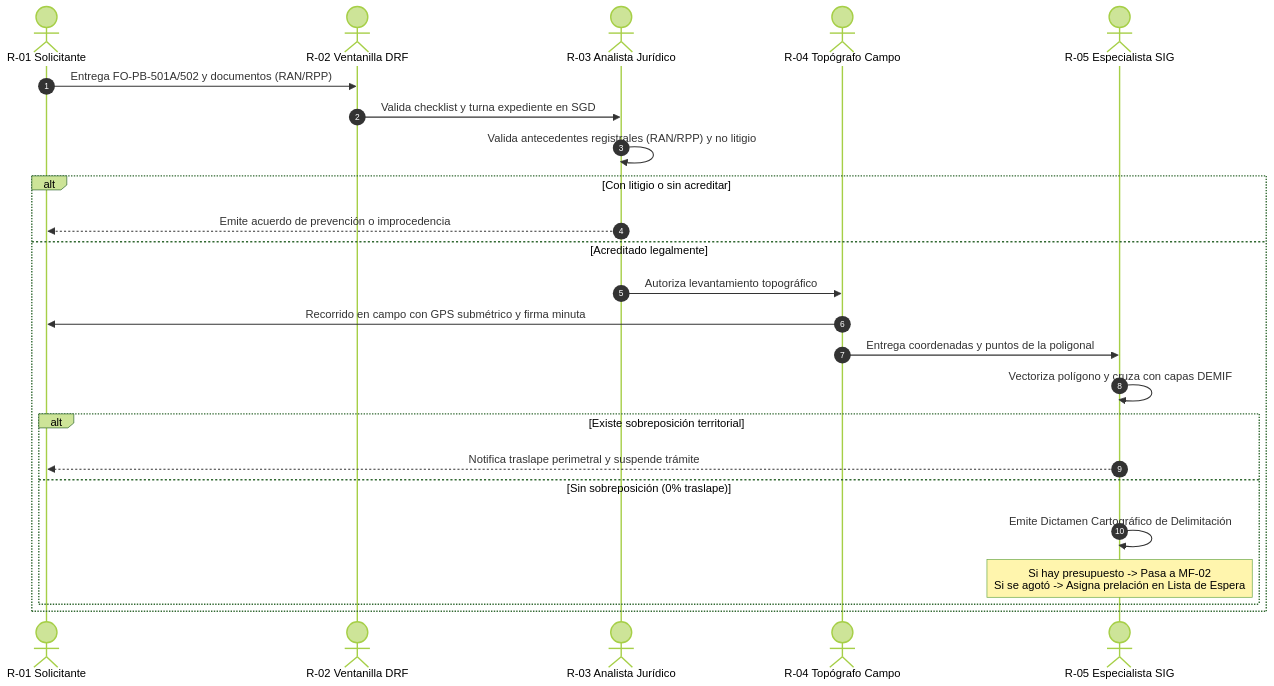
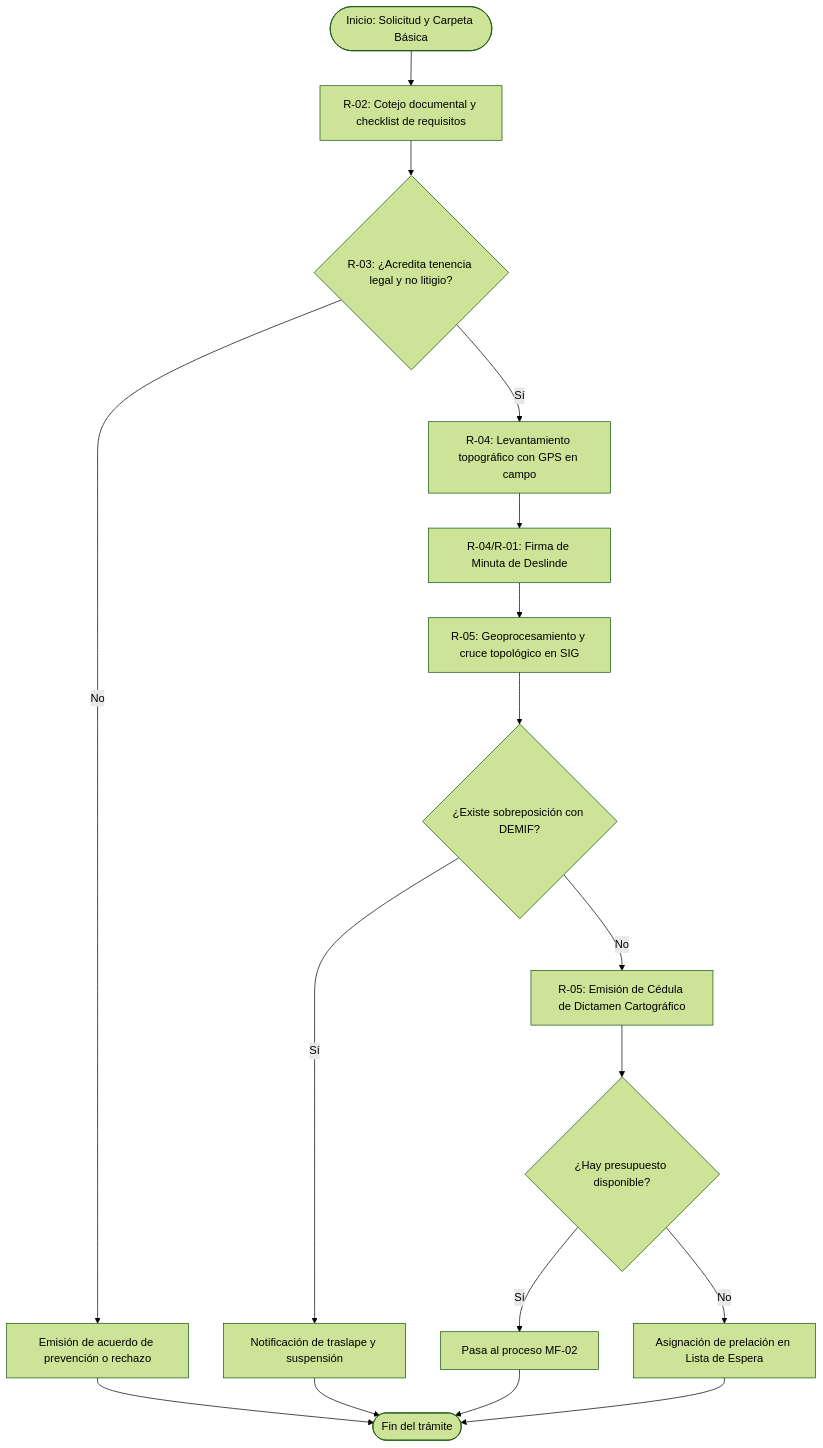
One commit to TakedaTakeishi/proyecto-fepi changed the diagram in Docs/Valeria/Masa_Forestal/MF-01_DELIMITACION_POLIGONOS.md. Above: the diagram before and after it, drawn with Mermaid (forest theme).

Commit message:
Replace sequence diagram with flowchart in documentation

````diff
--- a/Docs/Valeria/Masa_Forestal/MF-01_DELIMITACION_POLIGONOS.md
+++ b/Docs/Valeria/Masa_Forestal/MF-01_DELIMITACION_POLIGONOS.md
@@ -109,27 +109,19 @@
 ```mermaid
-sequenceDiagram
-    autonumber
-    actor R01 as R-01 Solicitante
-    actor R02 as R-02 Ventanilla DRF
-    actor R03 as R-03 Analista Jurídico
-    actor R04 as R-04 Topógrafo Campo
-    actor R05 as R-05 Especialista SIG
-
-    R01->>R02: Entrega FO-PB-501A/502 y documentos (RAN/RPP)
-    R02->>R03: Valida checklist y turna expediente en SGD
-    R03->>R03: Valida antecedentes registrales (RAN/RPP) y no litigio
-    alt Con litigio o sin acreditar
-        R03-->>R01: Emite acuerdo de prevención o improcedencia
-    else Acreditado legalmente
-        R03->>R04: Autoriza levantamiento topográfico
-        R04->>R01: Recorrido en campo con GPS submétrico y firma minuta
-        R04->>R05: Entrega coordenadas y puntos de la poligonal
-        R05->>R05: Vectoriza polígono y cruza con capas DEMIF
-        alt Existe sobreposición territorial
-            R05-->>R01: Notifica traslape perimetral y suspende trámite
-        else Sin sobreposición (0% traslape)
-            R05->>R05: Emite Dictamen Cartográfico de Delimitación
-            Note over R05: Si hay presupuesto -> Pasa a MF-02<br/>Si se agotó -> Asigna prelación en Lista de Espera
-        end
-    end
+flowchart TD
+    A([Inicio: Solicitud y Carpeta Básica]) --> B[R-02: Cotejo documental y checklist de requisitos]
+    B --> C{R-03: ¿Acredita tenencia legal y no litigio?}
+    C -- No --> D[Emisión de acuerdo de prevención o rechazo]
+    D --> Z([Fin del trámite])
+    C -- Sí --> E[R-04: Levantamiento topográfico con GPS en campo]
+    E --> F[R-04/R-01: Firma de Minuta de Deslinde]
+    F --> G[R-05: Geoprocesamiento y cruce topológico en SIG]
+    G --> H{¿Existe sobreposición con DEMIF?}
+    H -- Sí --> I[Notificación de traslape y suspensión]
+    I --> Z
+    H -- No --> J[R-05: Emisión de Cédula de Dictamen Cartográfico]
+    J --> K{¿Hay presupuesto disponible?}
+    K -- Sí --> L[Pasa al proceso MF-02]
+    K -- No --> M[Asignación de prelación en Lista de Espera]
+    L --> Z
+    M --> Z
 ```
````
